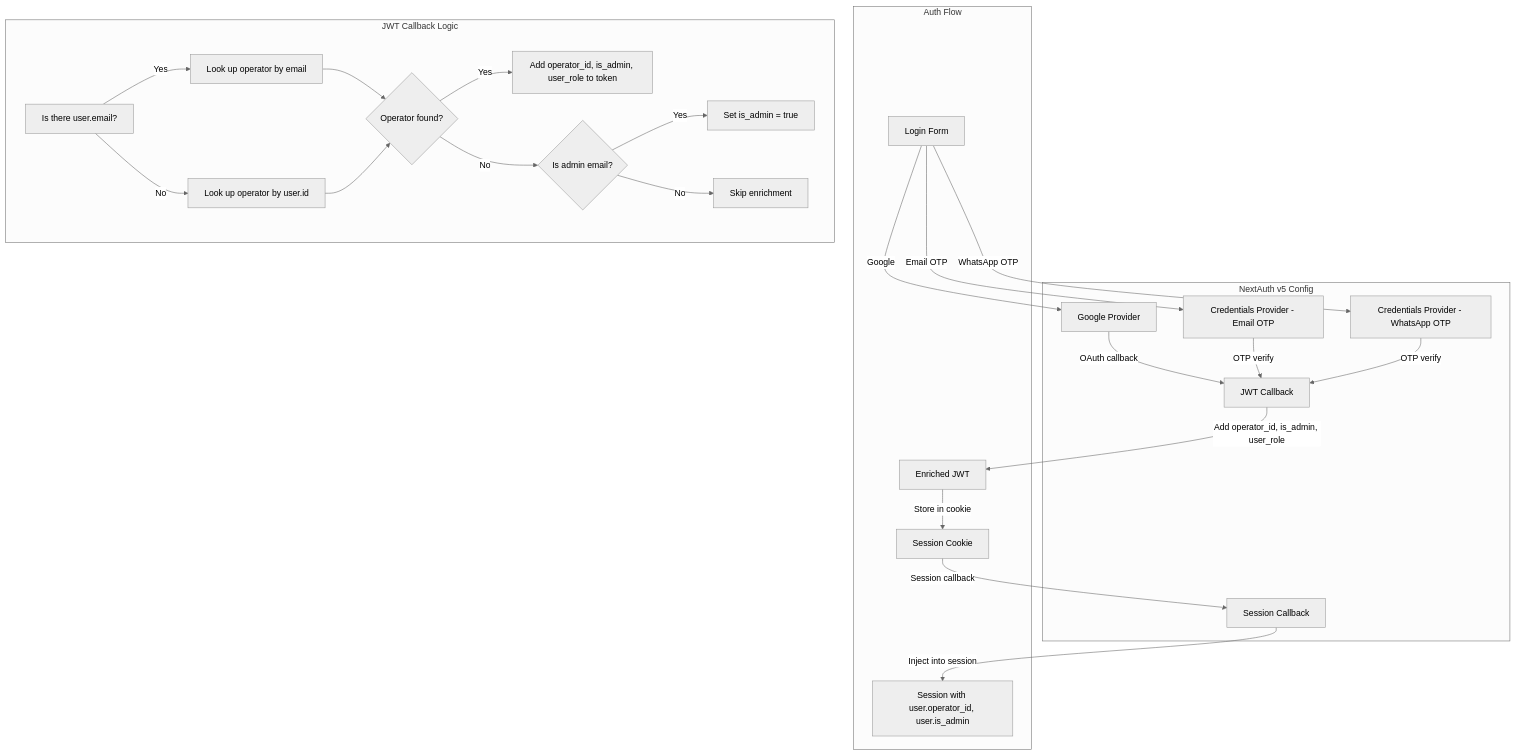
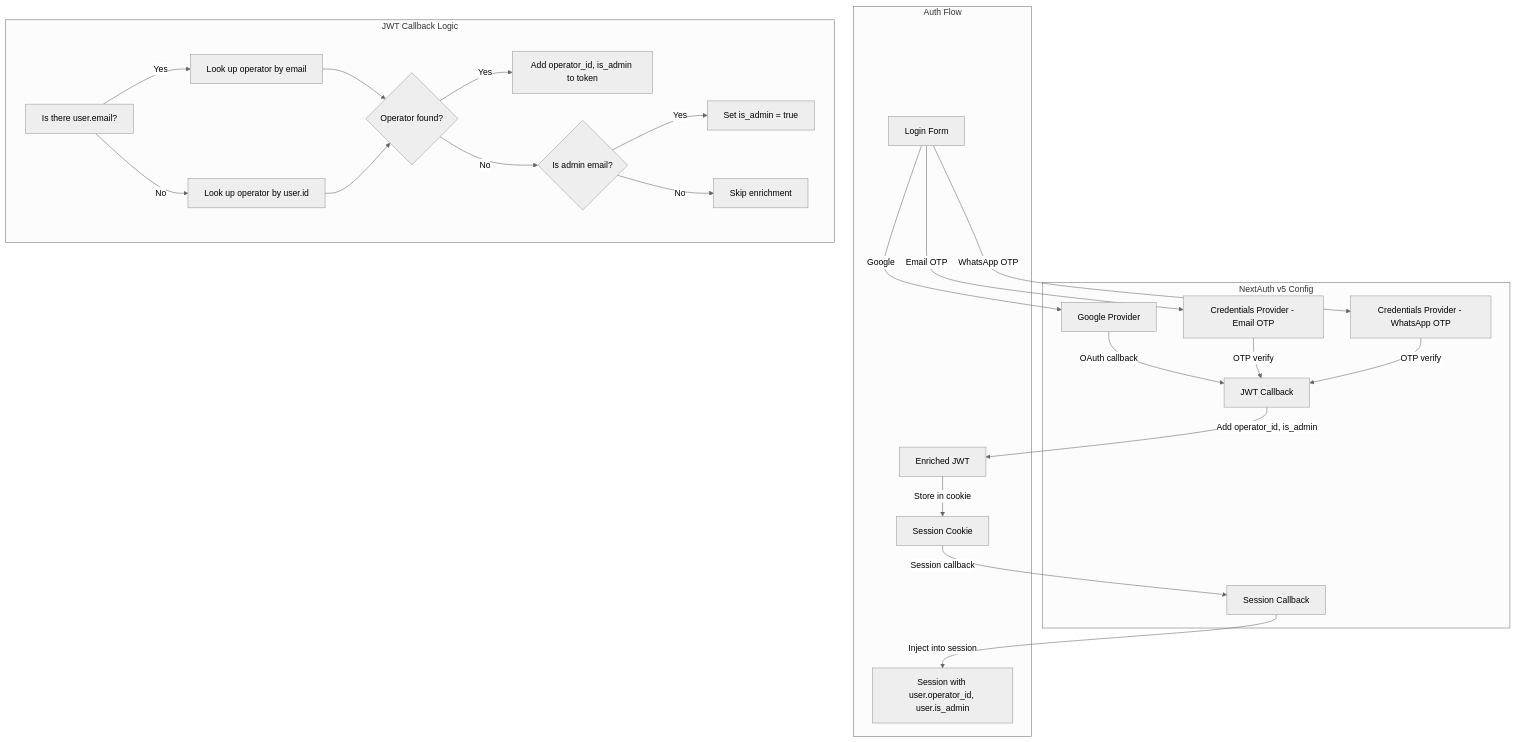
The seventh of 8 diagrams in docs/SYSTEM_ARCHITECTURE.md (NadeemAhmad007/nadur), drawn with Mermaid (neutral theme) before and after one commit. The commit also changed other lines of this file and 79 other files, not shown here.

````diff
--- a/docs/SYSTEM_ARCHITECTURE.md
+++ b/docs/SYSTEM_ARCHITECTURE.md
@@ -272,34 +253,34 @@
 ```mermaid
 flowchart TD
     subgraph NextAuth [NextAuth v5 Config]
         JWT[JWT Callback]
         S[Session Callback]
         P1[Google Provider]
         P2[Credentials Provider - Email OTP]
         P3[Credentials Provider - WhatsApp OTP]
     end
 
     subgraph Flow [Auth Flow]
         L[Login Form] -->|Google| P1
         L -->|Email OTP| P2
         L -->|WhatsApp OTP| P3
         P1 -->|OAuth callback| JWT
         P2 -->|OTP verify| JWT
         P3 -->|OTP verify| JWT
-        JWT -->|Add operator_id, is_admin, user_role| T[Enriched JWT]
+        JWT -->|Add operator_id, is_admin| T[Enriched JWT]
         T -->|Store in cookie| C[Session Cookie]
         C -->|Session callback| S
         S -->|Inject into session| SS[Session with user.operator_id, user.is_admin]
     end
 
     subgraph Callback [JWT Callback Logic]
         E[Is there user.email?] -->|Yes| LOOK[Look up operator by email]
         E -->|No| FALLBACK[Look up operator by user.id]
         LOOK --> FOUND{Operator found?}
         FALLBACK --> FOUND
-        FOUND -->|Yes| ADD[Add operator_id, is_admin, user_role to token]
+        FOUND -->|Yes| ADD[Add operator_id, is_admin to token]
         FOUND -->|No| ADMIN{Is admin email?}
         ADMIN -->|Yes| SET_ADMIN[Set is_admin = true]
         ADMIN -->|No| SKIP[Skip enrichment]
     end
 ```
````
